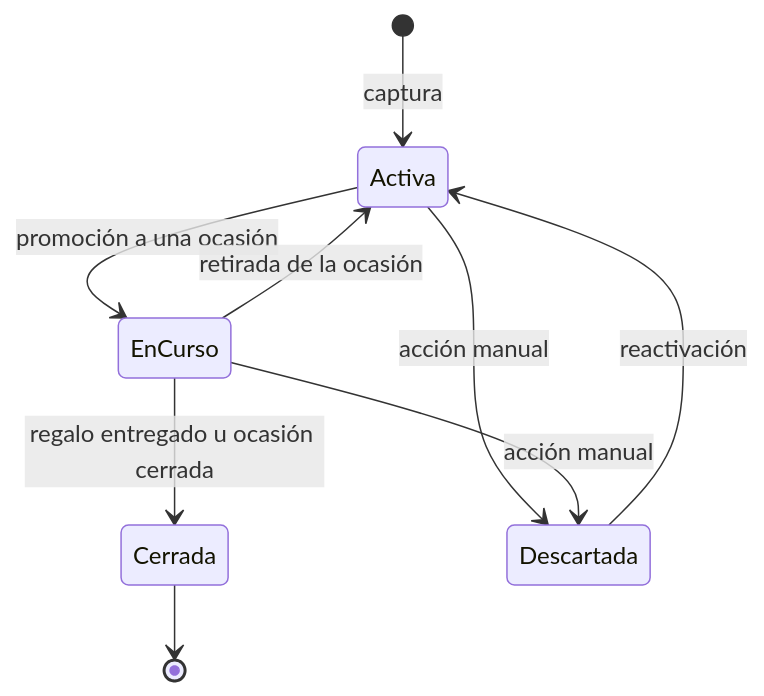
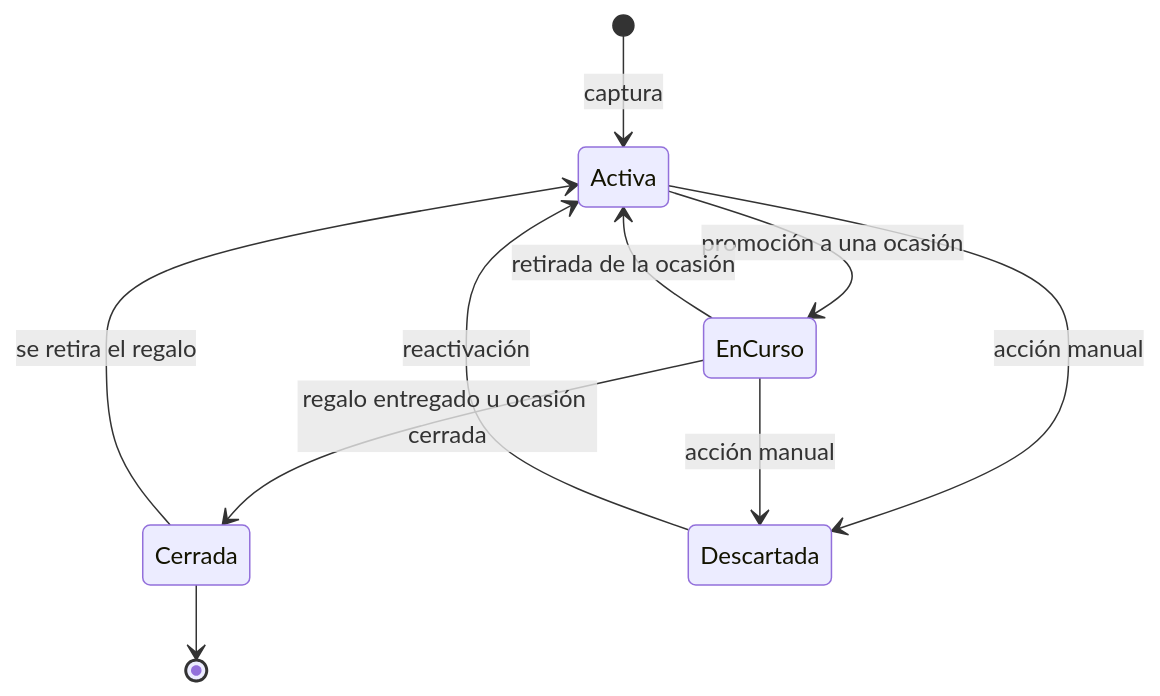
Before and after one commit to oscarini-garcia/garciadoral-ops: the second of 7 diagrams in specs/modelo-datos.md, drawn with Mermaid. The commit also changed other lines of this file and 10 other files, not shown here.

````diff
--- a/specs/modelo-datos.md
+++ b/specs/modelo-datos.md
@@ -195,11 +195,12 @@
 ```mermaid
 stateDiagram-v2
     [*] --> Activa: captura
     Activa --> EnCurso: promoción a una ocasión
     EnCurso --> Activa: retirada de la ocasión
     EnCurso --> Cerrada: regalo entregado u ocasión cerrada
+    Cerrada --> Activa: se retira el regalo
     Activa --> Descartada: acción manual
     EnCurso --> Descartada: acción manual
     Descartada --> Activa: reactivación
     Cerrada --> [*]
 ```
````
